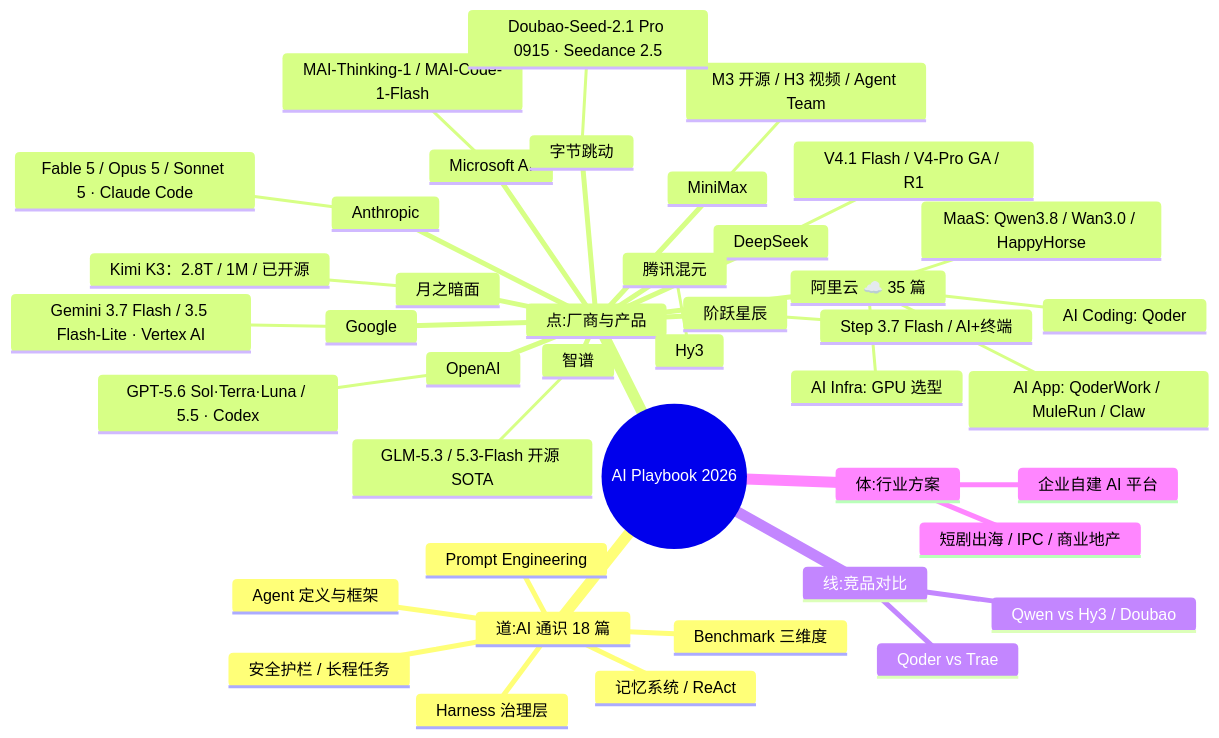
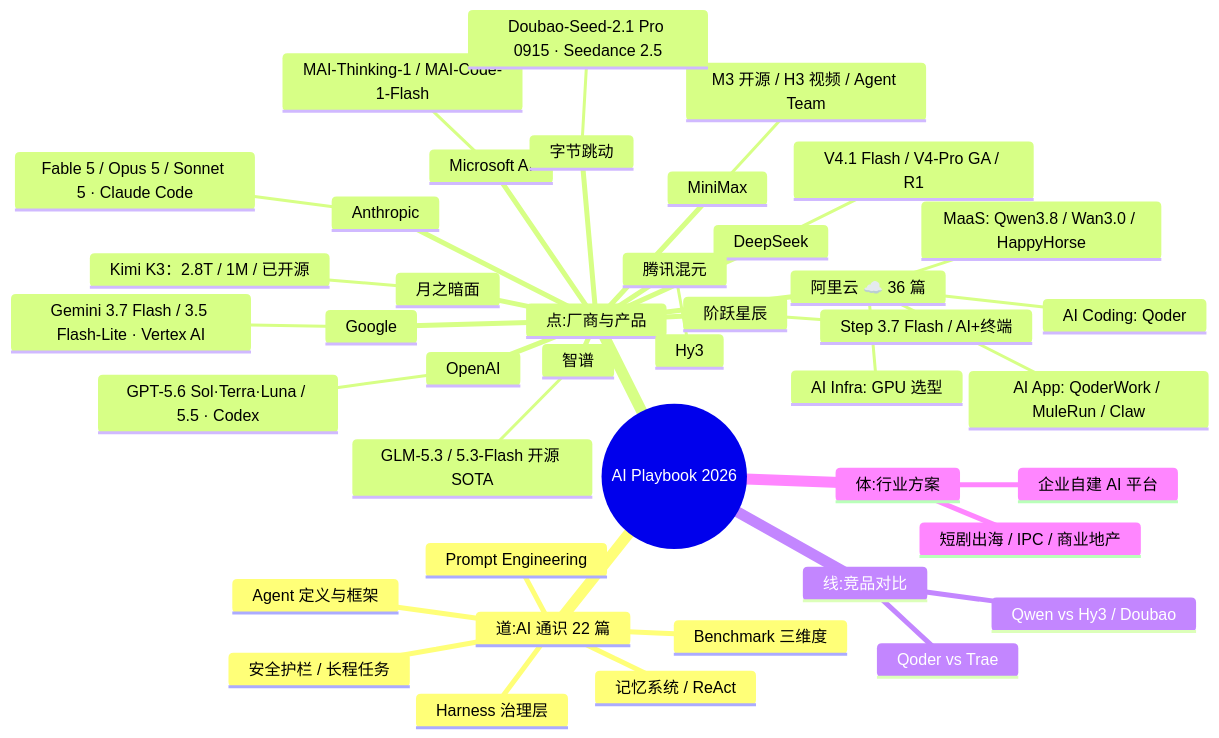
One commit to EthanNiWorld/ai-playbook-2026 changed the first of 2 diagrams in README.md. Above: the diagram before and after it, drawn with Mermaid. The commit also changed other lines of this file and 18 other files, not shown here.

````diff
--- a/README.md
+++ b/README.md
@@ -148,45 +148,45 @@
 ```mermaid
 mindmap
   root((AI Playbook 2026))
-    道:AI 通识 18 篇
+    道:AI 通识 22 篇
       Agent 定义与框架
       Harness 治理层
       Prompt Engineering
       Benchmark 三维度
       记忆系统 / ReAct
       安全护栏 / 长程任务
     点:厂商与产品
-      阿里云 ☁️ 35 篇
+      阿里云 ☁️ 36 篇
         MaaS: Qwen3.8 / Wan3.0 / HappyHorse
         AI Coding: Qoder
         AI App: QoderWork / MuleRun / Claw
         AI Infra: GPU 选型
       Anthropic
         Fable 5 / Opus 5 / Sonnet 5 · Claude Code
       OpenAI
         GPT-5.6 Sol·Terra·Luna / 5.5 · Codex
       Google
         Gemini 3.7 Flash / 3.5 Flash-Lite · Vertex AI
       Microsoft AI
         MAI-Thinking-1 / MAI-Code-1-Flash
       DeepSeek
         V4.1 Flash / V4-Pro GA / R1
       智谱
         GLM-5.3 / 5.3-Flash 开源 SOTA
       月之暗面
         Kimi K3：2.8T / 1M / 已开源
       MiniMax
         M3 开源 / H3 视频 / Agent Team
       字节跳动
         Doubao-Seed-2.1 Pro 0915 · Seedance 2.5
       腾讯混元
         Hy3
       阶跃星辰
         Step 3.7 Flash / AI+终端
     线:竞品对比
       Qoder vs Trae
       Qwen vs Hy3 / Doubao
     体:行业方案
       企业自建 AI 平台
       短剧出海 / IPC / 商业地产
 ```
````
